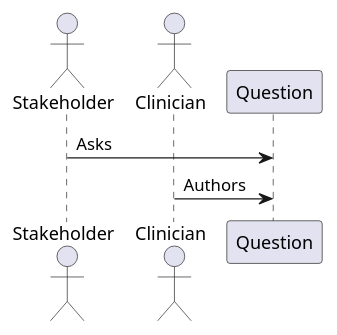
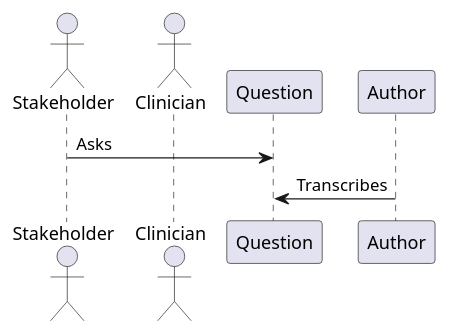
Before and after one commit to chronicleworks/chronicle: the diagram in docs/docs/diagrams/src/question.puml, drawn with PlantUML. The commit also changed 6 other files, not shown here.

```diff
--- a/docs/docs/diagrams/src/question.puml
+++ b/docs/docs/diagrams/src/question.puml
@@ -1,9 +1,9 @@
 @startuml
 
 actor "Stakeholder"
 actor "Clinician"
 
 Stakeholder -> Question : Asks
-Clinician -> Question : Authors
+Author -> Question : Transcribes
 
 @enduml
```
